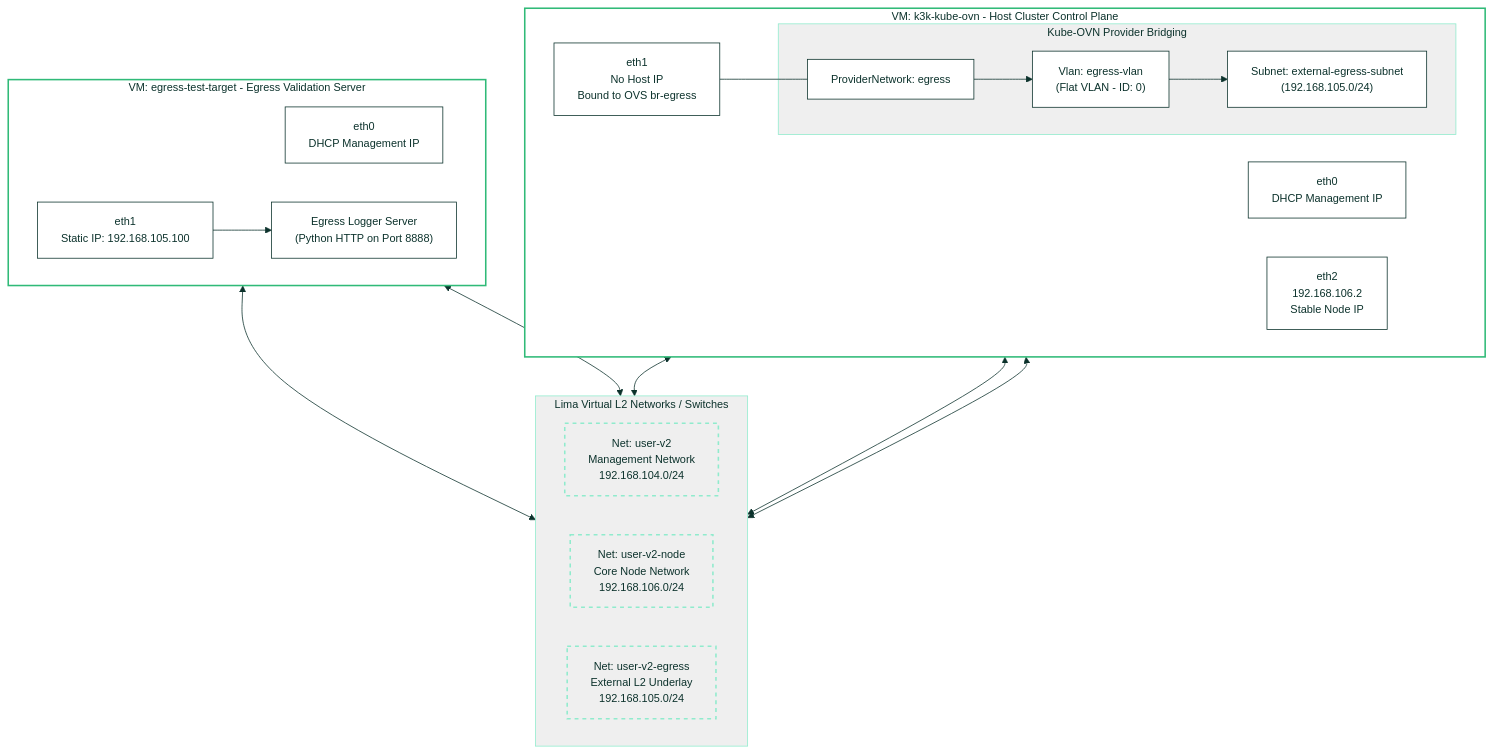
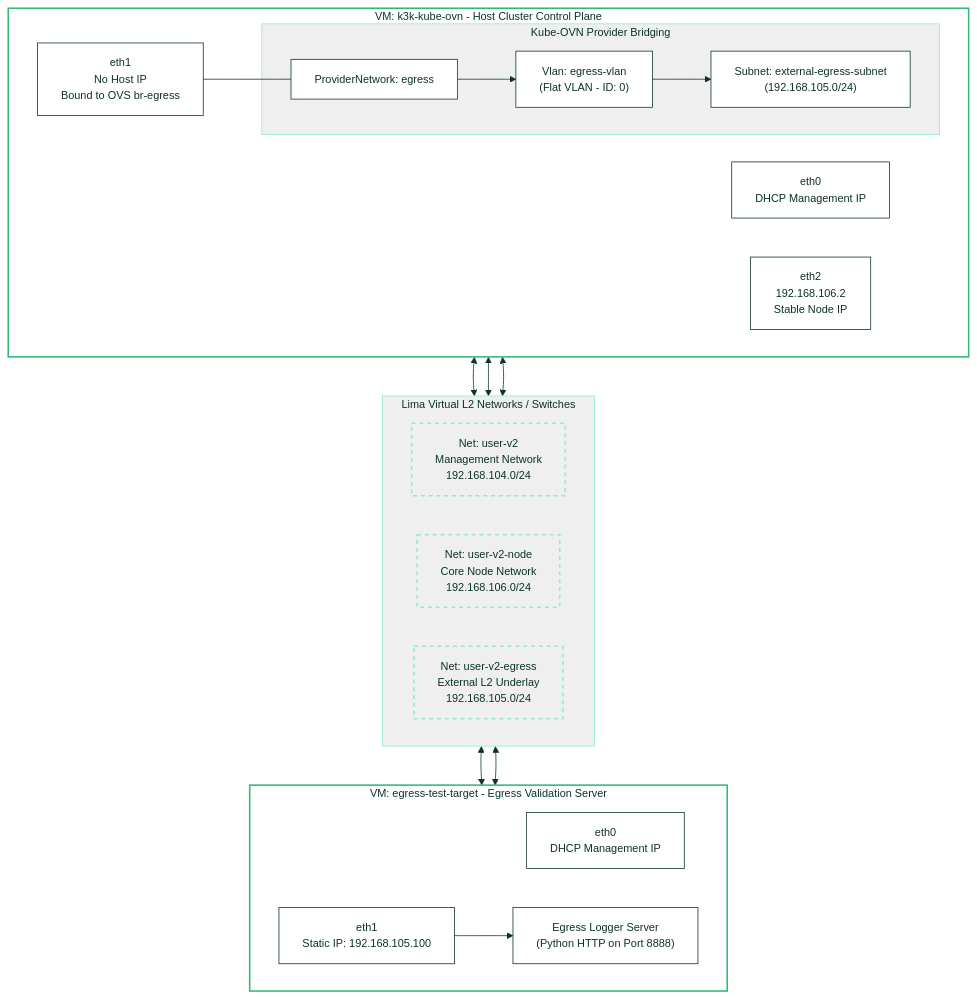
Before and after one commit to coulof/k3k-kube-ovn: the first of 2 diagrams in docs/egress-gateway-experiment.md, drawn with Mermaid.

Commit message:
docs: fix vertical row stack alignment in physical L2 diagram

````diff
--- a/docs/egress-gateway-experiment.md
+++ b/docs/egress-gateway-experiment.md
@@ -30,72 +30,72 @@
 ```mermaid
 %%{init: {
   'theme': 'base',
   'themeVariables': {
     'fontFamily': 'SUSE, sans-serif',
     'fontSize': '14px',
     'primaryColor': '#30ba78',
     'primaryTextColor': '#0c322c',
     'primaryBorderColor': '#30ba78',
     'lineColor': '#0c322c',
     'secondaryColor': '#0c322c',
     'tertiaryColor': '#90ebcd',
     'mainBkg': '#ffffff',
     'nodeBorder': '#0c322c',
     'clusterBkg': '#efefef',
     'clusterBorder': '#90ebcd',
     'titleColor': '#0c322c',
     'edgeLabelBackground':'#ffffff'
   }
 } }%%
 graph TD
     classDef default fill:#ffffff,stroke:#0c322c,stroke-width:1px,color:#0c322c;
     classDef net fill:#efefef,stroke:#90ebcd,stroke-width:2px,stroke-dasharray: 5 5,color:#0c322c;
     classDef vm fill:#ffffff,stroke:#30ba78,stroke-width:2px,color:#0c322c;
 
     %% TOP LAYER: VM k3k-kube-ovn
     subgraph VM1 [VM: k3k-kube-ovn - Host Cluster Control Plane]
         direction LR
         eth0_1["eth0 <br/> DHCP Management IP"]
         eth2_1["eth2 <br/> 192.168.106.2 <br/> Stable Node IP"]
         eth1_1["eth1 <br/> No Host IP <br/> Bound to OVS br-egress"]
         
         subgraph K8s [Kube-OVN Provider Bridging]
             pn["ProviderNetwork: egress"]
             vlan["Vlan: egress-vlan<br/>(Flat VLAN - ID: 0)"]
             sub_ext["Subnet: external-egress-subnet<br/>(192.168.105.0/24)"]
             pn --> vlan --> sub_ext
         end
         eth1_1 --- pn
     end
 
     %% MIDDLE LAYER: Dotted L2 Virtual Networks (Aligned Horizontally)
     subgraph L2Networks [Lima Virtual L2 Networks / Switches]
         direction LR
         NetMgt["Net: user-v2 <br/> Management Network <br/> 192.168.104.0/24"]
         NetNode["Net: user-v2-node <br/> Core Node Network <br/> 192.168.106.0/24"]
         NetEgress["Net: user-v2-egress <br/> External L2 Underlay <br/> 192.168.105.0/24"]
     end
 
     %% BOTTOM LAYER: VM egress-test-target
     subgraph VM2 [VM: egress-test-target - Egress Validation Server]
         direction LR
         eth0_2["eth0 <br/> DHCP Management IP"]
         eth1_2["eth1 <br/> Static IP: 192.168.105.100"]
         srv["Egress Logger Server<br/>(Python HTTP on Port 8888)"]
         eth1_2 --> srv
     end
 
-    %% Vertical NIC to Network Interconnections
+    %% Vertical NIC to Network Interconnections (Chained Top-to-Bottom)
     eth0_1 <--> NetMgt
-    eth0_2 <--> NetMgt
+    NetMgt <--> eth0_2
 
     eth2_1 <--> NetNode
 
     eth1_1 <--> NetEgress
-    eth1_2 <--> NetEgress
+    NetEgress <--> eth1_2
 
     %% Apply class styles cleanly
     class NetMgt,NetEgress,NetNode net;
     class VM1,VM2 vm;
     class pn,vlan,sub_ext,srv default;
 ```
````
